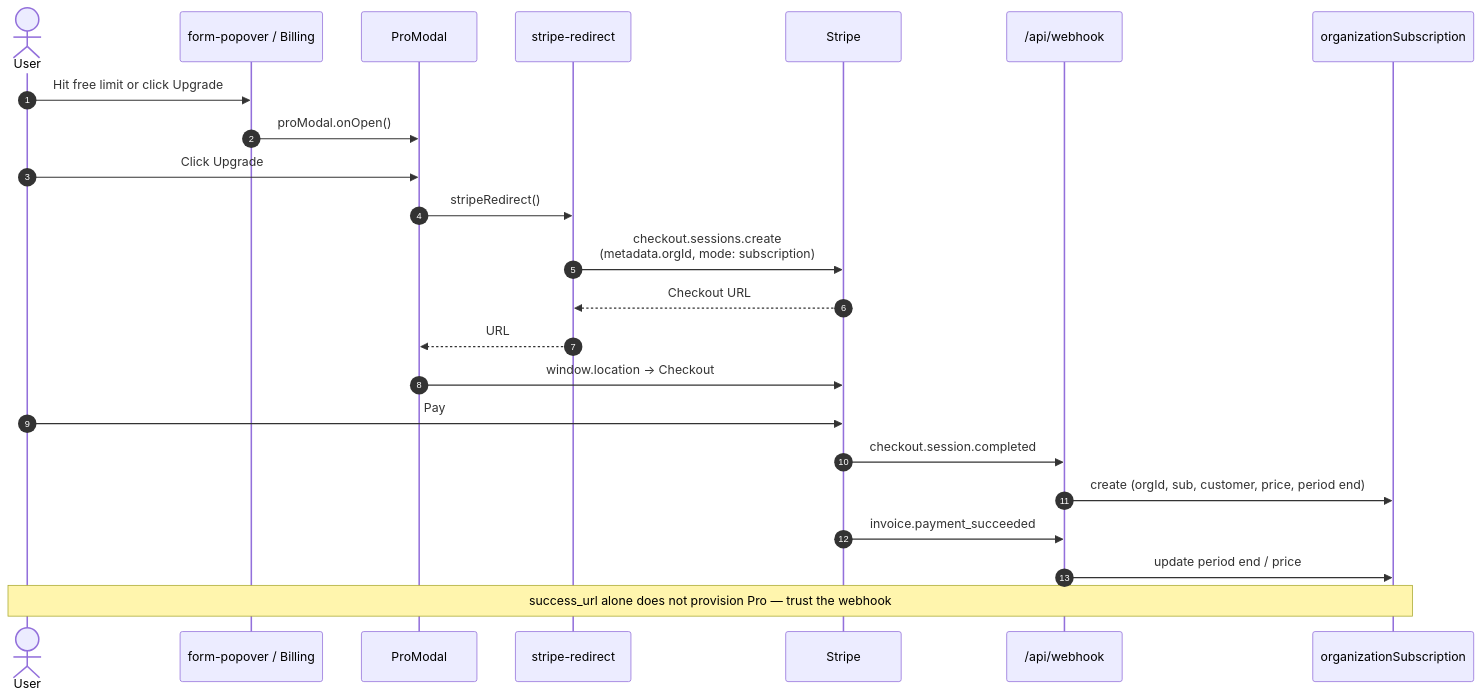
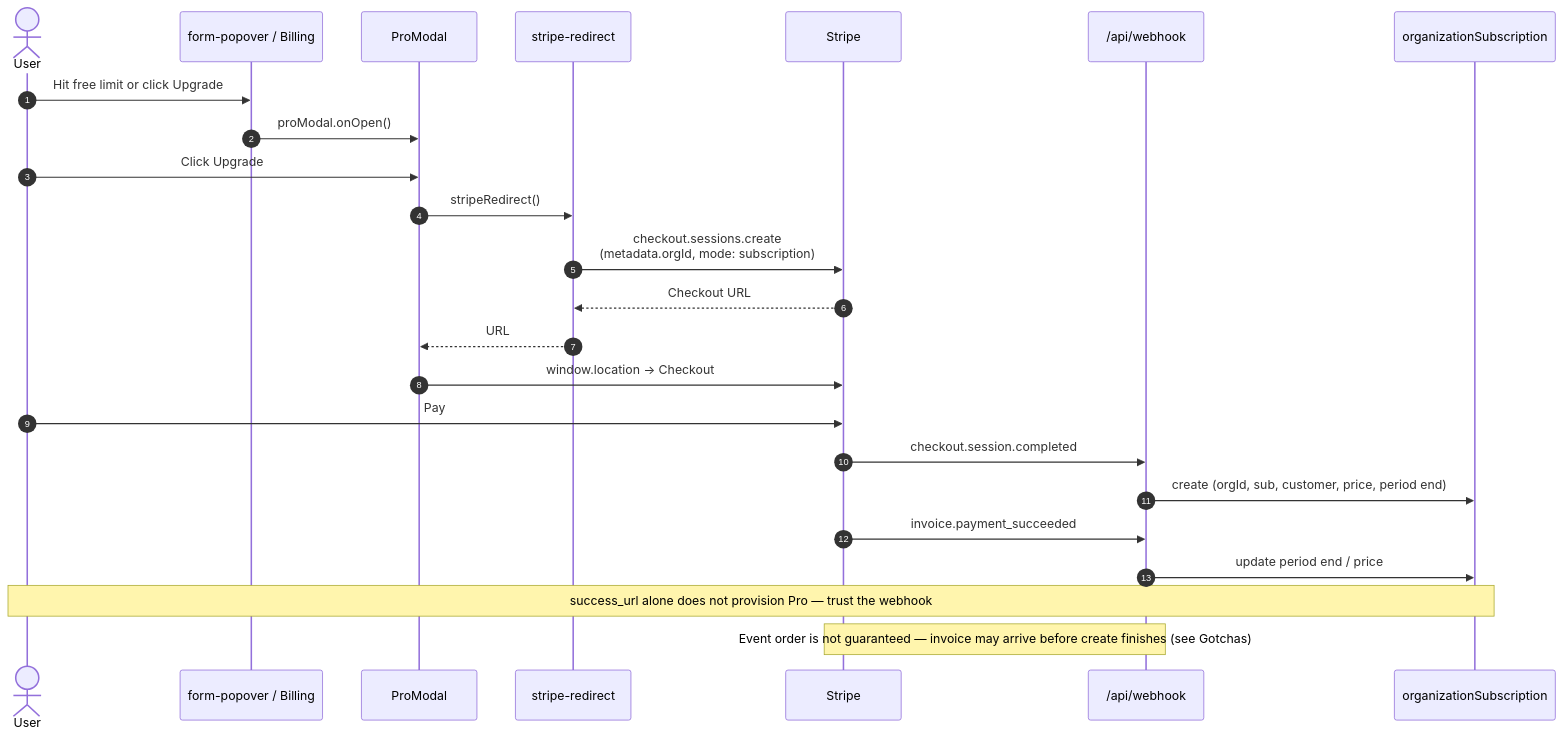
One commit to manhcuongdtbk/taskify changed the fifth of 7 diagrams in docs/stripe.md. Above: the diagram before and after it, drawn with Mermaid. The commit also changed other lines of this file and 6 other files, not shown here.

First line of the commit message:
Document Stripe concepts and prioritize hardening before growth.

````diff
--- a/docs/stripe.md
+++ b/docs/stripe.md
@@ -15,26 +226,27 @@
 ```mermaid
 sequenceDiagram
   autonumber
   actor User
   participant UI as form-popover / Billing
   participant Modal as ProModal
   participant Action as stripe-redirect
   participant Stripe as Stripe
   participant Webhook as /api/webhook
   participant DB as organizationSubscription
 
   User->>UI: Hit free limit or click Upgrade
   UI->>Modal: proModal.onOpen()
   User->>Modal: Click Upgrade
   Modal->>Action: stripeRedirect()
   Action->>Stripe: checkout.sessions.create<br/>(metadata.orgId, mode: subscription)
   Stripe-->>Action: Checkout URL
   Action-->>Modal: URL
   Modal->>Stripe: window.location → Checkout
   User->>Stripe: Pay
   Stripe->>Webhook: checkout.session.completed
   Webhook->>DB: create (orgId, sub, customer, price, period end)
   Stripe->>Webhook: invoice.payment_succeeded
   Webhook->>DB: update period end / price
   Note over User,DB: success_url alone does not provision Pro — trust the webhook
+  Note over Stripe,Webhook: Event order is not guaranteed — invoice may arrive before create finishes (see Gotchas)
 ```
````
